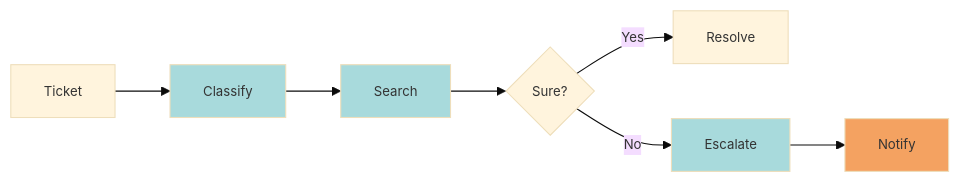
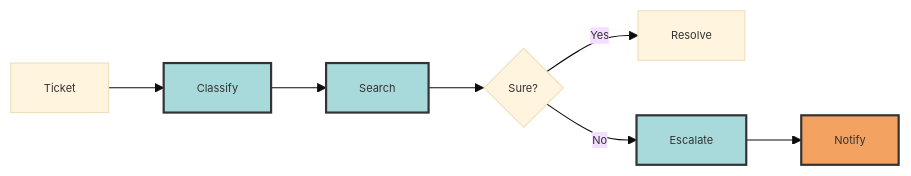
The first of 2 diagrams in blog-post.md (nicklotz/orkes-multiagent-workflow), drawn with Mermaid before and after one commit.

Commit message:
Fix diagram: smaller font and padding for proper text display

````diff
--- a/blog-post.md
+++ b/blog-post.md
@@ -25,15 +25,15 @@
 ```mermaid
-%%{init: {'theme':'base', 'themeVariables': {'fontSize':'12px'}}}%%
+%%{init: {'theme':'base', 'themeVariables': {'fontSize':'10px', 'fontFamily':'arial'}}}%%
 flowchart LR
-    A[Ticket] --> B[Classify]
-    B --> C[Search]
-    C --> D{Sure?}
-    D -->|Yes| E[Resolve]
-    D -->|No| F[Escalate]
-    F --> G[Notify]
+    A[" Ticket "] --> B[" Classify "]
+    B --> C[" Search "]
+    C --> D{" Sure? "}
+    D -->|Yes| E[" Resolve "]
+    D -->|No| F[" Escalate "]
+    F --> G[" Notify "]
 
-    style B fill:#a8dadc
-    style C fill:#a8dadc
-    style F fill:#a8dadc
-    style G fill:#f4a261
+    style B fill:#a8dadc,stroke:#333,stroke-width:2px
+    style C fill:#a8dadc,stroke:#333,stroke-width:2px
+    style F fill:#a8dadc,stroke:#333,stroke-width:2px
+    style G fill:#f4a261,stroke:#333,stroke-width:2px
 ```
````
